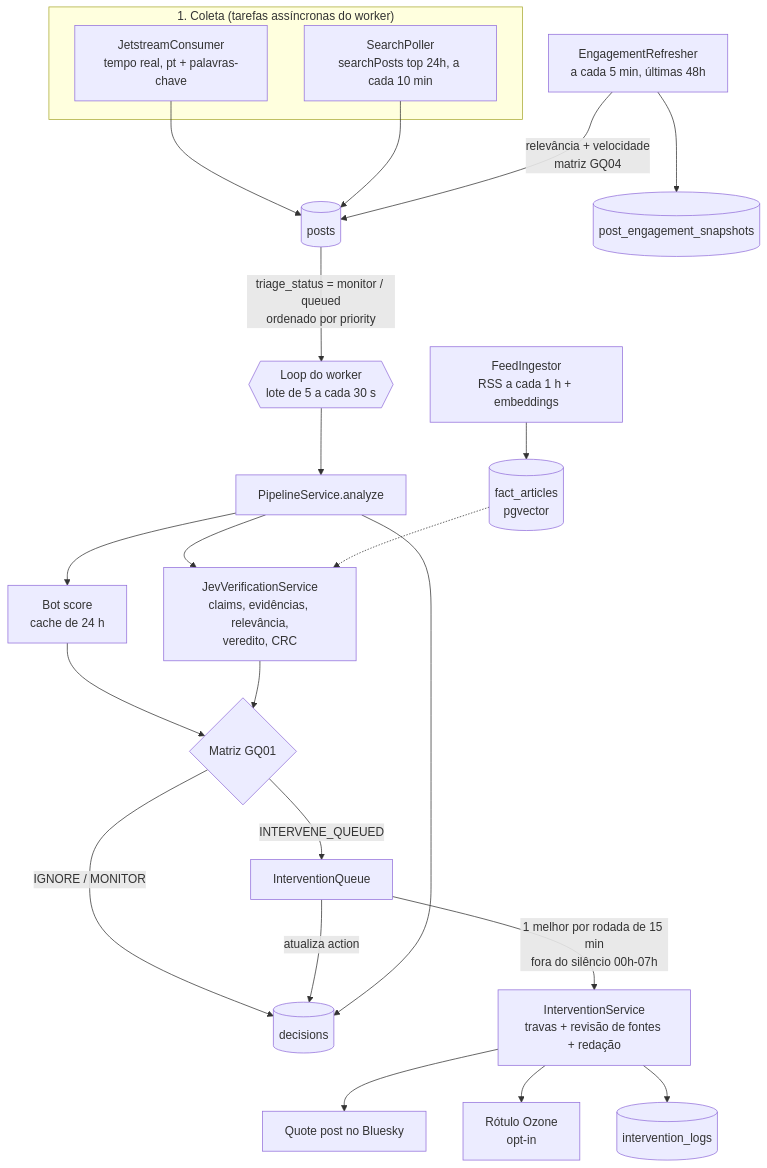
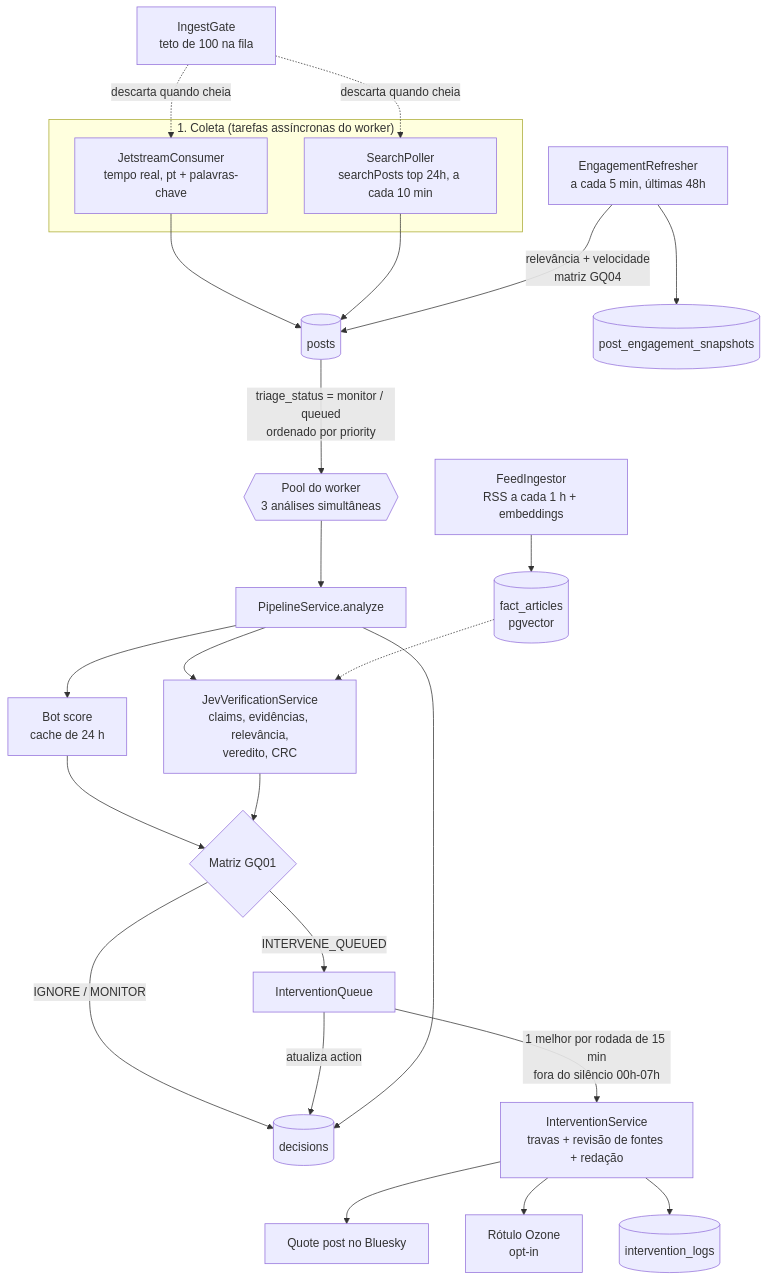
One commit to moonshinerd/ContrarIA changed the second of 4 diagrams in docs/arquitetura/index.md. Above: the diagram before and after it, drawn with Mermaid. The commit also changed other lines of this file and 15 other files, not shown here.

First line of the commit message:
feat(worker): análises simultâneas e teto de fila configuráveis

````diff
--- a/docs/arquitetura/index.md
+++ b/docs/arquitetura/index.md
@@ -63,30 +63,32 @@
 ```mermaid
 flowchart TD
     subgraph Coleta["1. Coleta (tarefas assíncronas do worker)"]
         J1[JetstreamConsumer<br/>tempo real, pt + palavras-chave]
         J2[SearchPoller<br/>searchPosts top 24h, a cada 10 min]
     end
     J1 --> POSTS[(posts)]
     J2 --> POSTS
 
     ER[EngagementRefresher<br/>a cada 5 min, últimas 48h] --> SNAP[(post_engagement_snapshots)]
     ER -- relevância + velocidade<br/>matriz GQ04 --> POSTS
 
-    POSTS -- triage_status = monitor / queued<br/>ordenado por priority --> LOOP{{Loop do worker<br/>lote de 5 a cada 30 s}}
+    POSTS -- triage_status = monitor / queued<br/>ordenado por priority --> LOOP{{Pool do worker<br/>3 análises simultâneas}}
+    GATE[IngestGate<br/>teto de 100 na fila] -. descarta quando cheia .-> J1
+    GATE -. descarta quando cheia .-> J2
     RSSJ[FeedIngestor<br/>RSS a cada 1 h + embeddings] --> FA[(fact_articles<br/>pgvector)]
 
     LOOP --> PIPE[PipelineService.analyze]
     PIPE --> BOT[Bot score<br/>cache de 24 h]
     PIPE --> VER[JevVerificationService<br/>claims, evidências, relevância,<br/>veredito, CRC]
     FA -.-> VER
     BOT --> GQ01{Matriz GQ01}
     VER --> GQ01
     GQ01 -- IGNORE / MONITOR --> LOG[(decisions)]
     GQ01 -- INTERVENE_QUEUED --> Q[InterventionQueue]
     Q -- 1 melhor por rodada de 15 min<br/>fora do silêncio 00h-07h --> INT[InterventionService<br/>travas + revisão de fontes + redação]
     INT --> QP[Quote post no Bluesky]
     INT --> LAB[Rótulo Ozone<br/>opt-in]
     INT --> IL[(intervention_logs)]
     Q -- atualiza action --> LOG
     PIPE --> LOG
 ```
````
